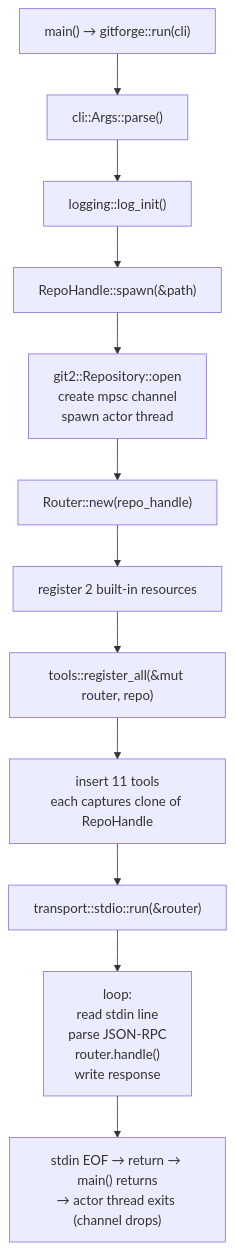
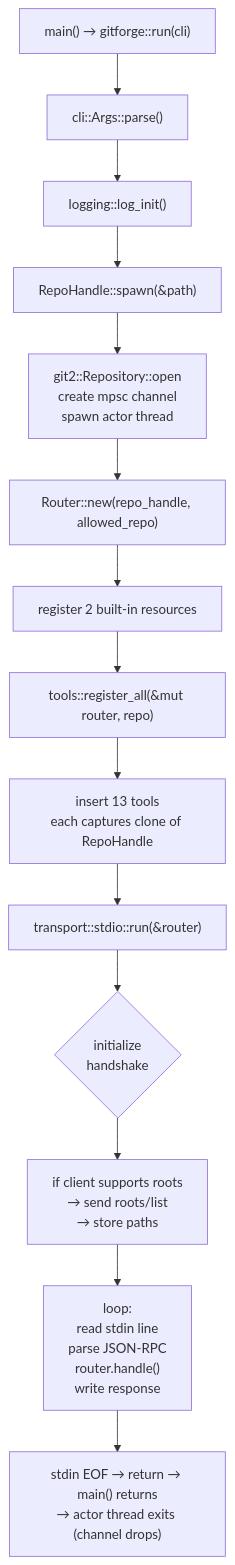
Before and after one commit to pritam12426/gitforge: the second of 7 diagrams in DEV_IN_DEPTH.md, drawn with Mermaid. The commit also changed other lines of this file and 3 other files, not shown here.

````diff
--- a/DEV_IN_DEPTH.md
+++ b/DEV_IN_DEPTH.md
@@ -85,14 +96,16 @@
 ```mermaid
 flowchart TD
     A["main() → gitforge::run(cli)"] --> B["cli::Args::parse()"]
     B --> C["logging::log_init()"]
     C --> D["RepoHandle::spawn(&path)"]
     D --> E["git2::Repository::open<br/>create mpsc channel<br/>spawn actor thread"]
-    E --> F["Router::new(repo_handle)"]
+    E --> F["Router::new(repo_handle, allowed_repo)"]
     F --> G["register 2 built-in resources"]
     G --> H["tools::register_all(&mut router, repo)"]
-    H --> I["insert 11 tools<br/>each captures clone of RepoHandle"]
+    H --> I["insert 13 tools<br/>each captures clone of RepoHandle"]
     I --> J["transport::stdio::run(&router)"]
-    J --> K["loop:<br/>read stdin line<br/>parse JSON-RPC<br/>router.handle()<br/>write response"]
-    K --> L["stdin EOF → return → main() returns<br/>→ actor thread exits (channel drops)"]
+    J --> K{"initialize<br/>handshake"}
+    K --> L["if client supports roots<br/>→ send roots/list<br/>→ store paths"]
+    L --> M["loop:<br/>read stdin line<br/>parse JSON-RPC<br/>router.handle()<br/>write response"]
+    M --> N["stdin EOF → return → main() returns<br/>→ actor thread exits (channel drops)"]
 ```
````
